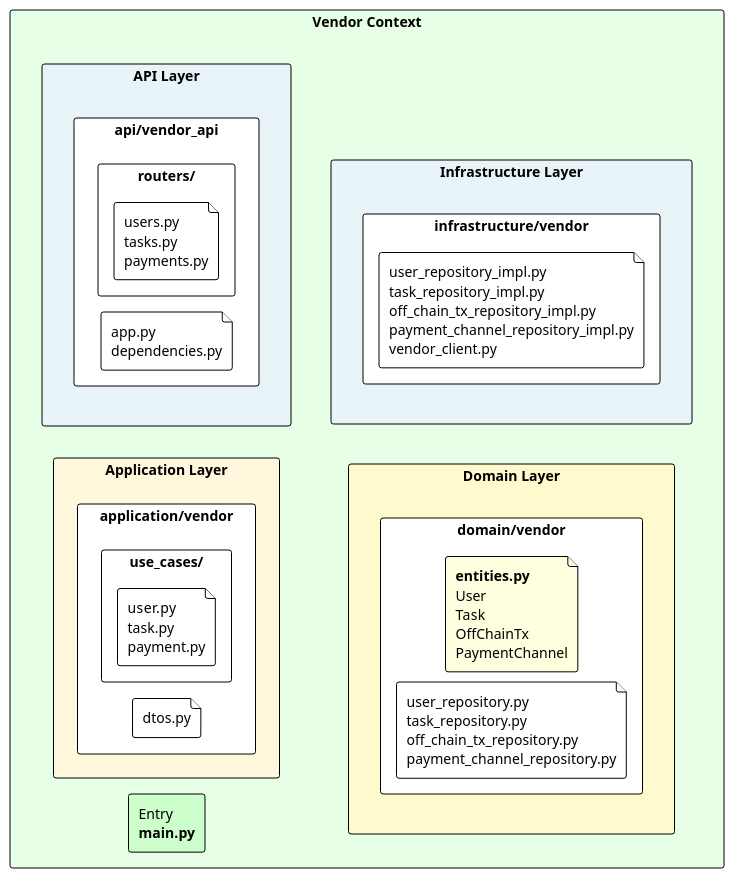
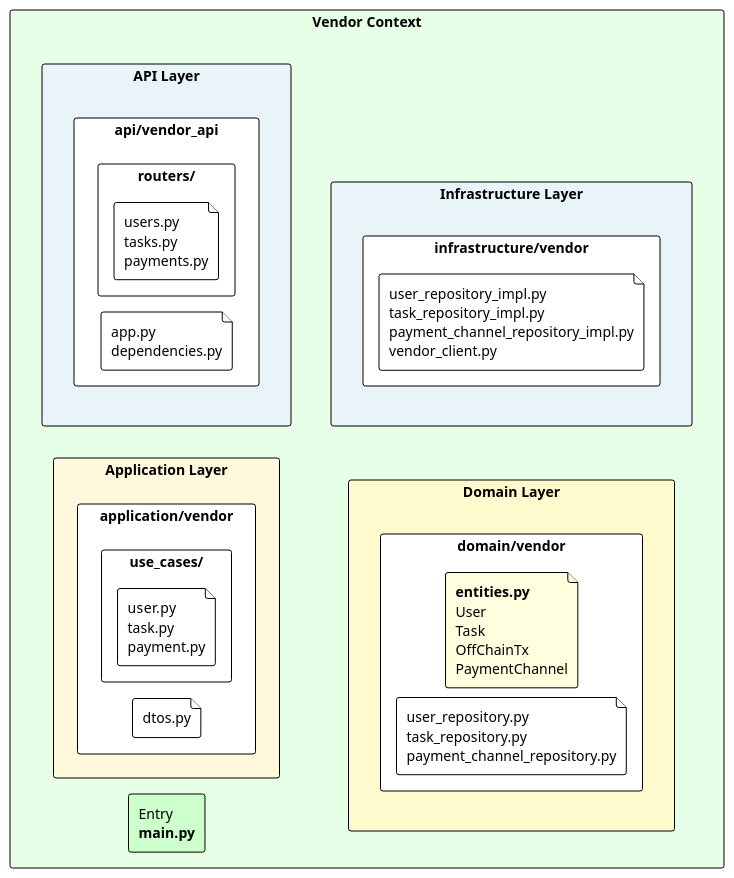
One commit to otaviootavio/nanomoni changed the diagram in umls/vendor.puml. Above: the diagram before and after it, drawn with PlantUML. The commit also changed 23 other files, not shown here.

```diff
--- a/umls/vendor.puml
+++ b/umls/vendor.puml
@@ -1,55 +1,55 @@
 @startuml Vendor_Static_Compact
 
 !theme plain
 left to right direction
 skinparam backgroundColor white
 skinparam componentStyle rectangle
 skinparam padding 0
 skinparam BoxPadding 2
 skinparam RectanglePadding 3
 skinparam RectangleBorderThickness 1
 skinparam Shadowing false
 skinparam Nodesep 10
 skinparam Ranksep 10
 
 
 rectangle "Vendor Context" #E6FFE6 {
     rectangle "Entry\n**main.py**" as entry #CCFFCC
     
     rectangle "API Layer" as api #E8F4F8 {
         rectangle "api/vendor_api" {
             file "app.py\ndependencies.py" as api_files
             rectangle "routers/" {
                 file "users.py\ntasks.py\npayments.py"
             }
         }
     }
     
     rectangle "Application Layer" as app #FFF8DC {
         rectangle "application/vendor" {
             file "dtos.py"
             rectangle "use_cases/" {
                 file "user.py\ntask.py\npayment.py"
             }
         }
     }
     
     rectangle "Domain Layer" as domain #FFFACD {
         rectangle "domain/vendor" {
             file "**entities.py**\nUser \nTask\nOffChainTx\nPaymentChannel" #FFFFE0
-            file "user_repository.py\ntask_repository.py\noff_chain_tx_repository.py\npayment_channel_repository.py"
+            file "user_repository.py\ntask_repository.py\npayment_channel_repository.py"
         }
     }
     
     rectangle "Infrastructure Layer" as infra #E8F4F8 {
         rectangle "infrastructure/vendor" {
-            file "user_repository_impl.py\ntask_repository_impl.py\noff_chain_tx_repository_impl.py\npayment_channel_repository_impl.py\nvendor_client.py"
+            file "user_repository_impl.py\ntask_repository_impl.py\npayment_channel_repository_impl.py\nvendor_client.py"
         }
     }
     
     ' Hidden links to force 2-row layout
     entry -[hidden]down-> domain
     api -[hidden]down-> infra
 }
 
 @enduml
```
